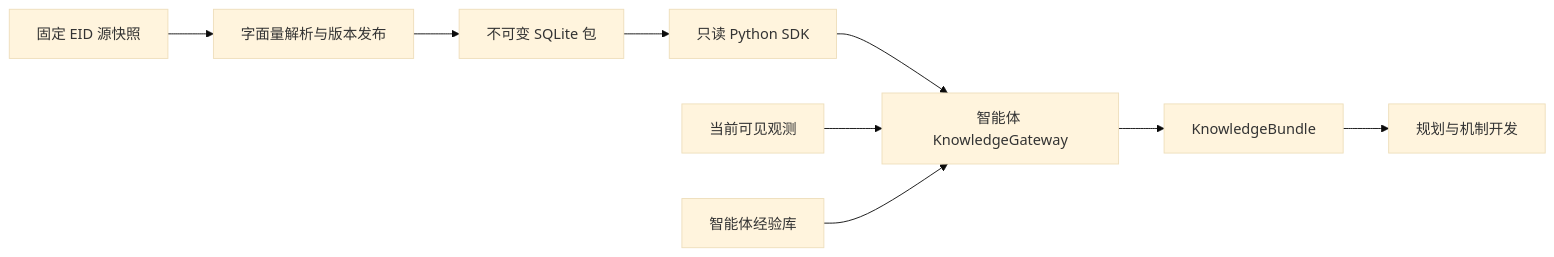
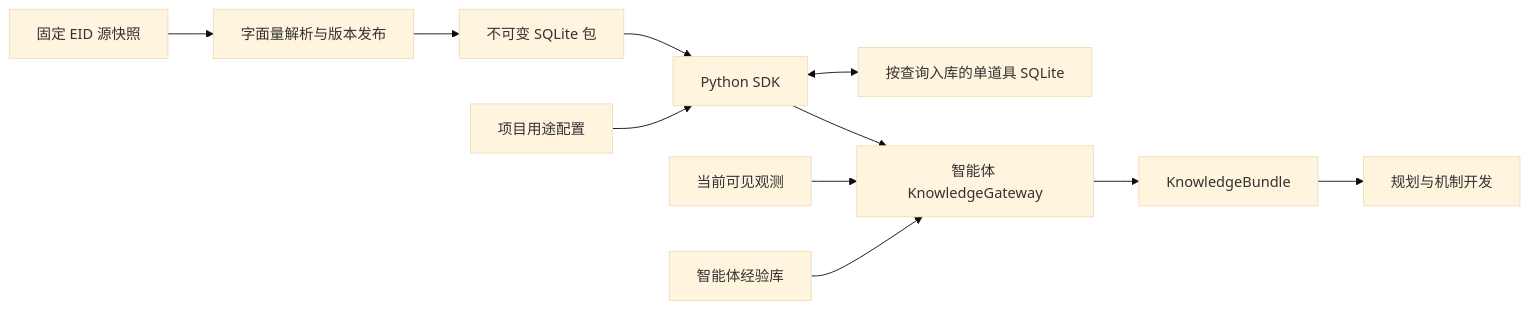
The diagram in docs/knowledge-project-interface-plan.zh-CN.md (caeluswu/ai-issac), drawn with Mermaid (base theme) before and after one commit. The commit also changed other lines of this file and 7 other files, not shown here.

````diff
--- a/docs/knowledge-project-interface-plan.zh-CN.md
+++ b/docs/knowledge-project-interface-plan.zh-CN.md
@@ -7,11 +7,13 @@
 ```mermaid
 flowchart LR
   S[固定 EID 源快照] --> P[字面量解析与版本发布]
   P --> D[不可变 SQLite 包]
-  D --> K[只读 Python SDK]
+  D --> K[Python SDK]
+  K <--> Q[按查询入库的单道具 SQLite]
+  U[项目用途配置] --> K
   K --> G[智能体 KnowledgeGateway]
   O[当前可见观测] --> G
   E[智能体经验库] --> G
   G --> B[KnowledgeBundle]
   B --> L[规划与机制开发]
 ```
````
